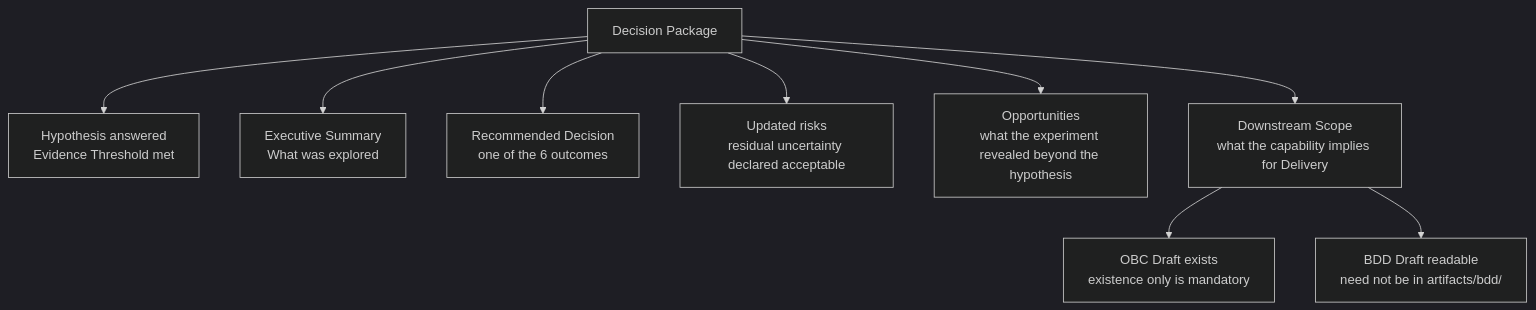
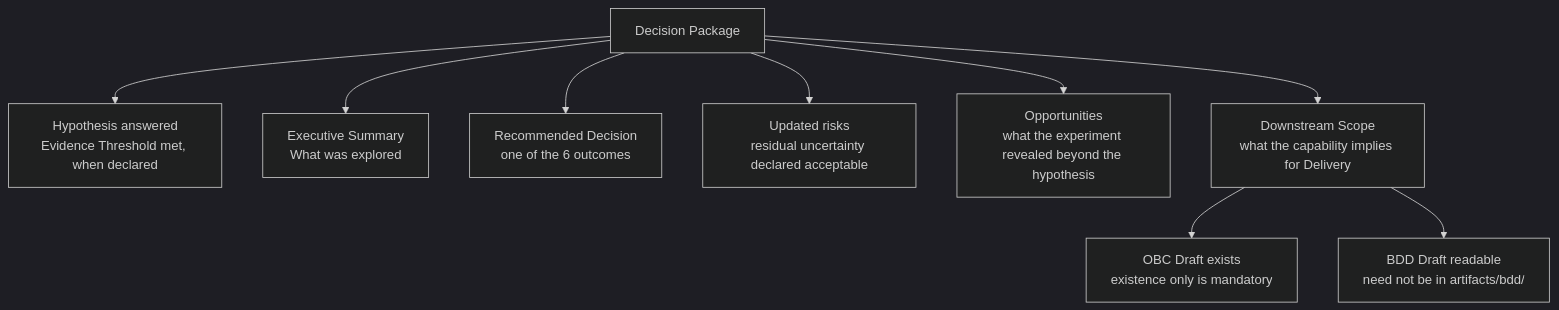
The diagram in en/chapter-07.md (produtoreativo/from-intent-to-outcome), drawn with Mermaid (dark theme) before and after one commit. The commit also changed 5 other files, not shown here.

````diff
--- a/en/chapter-07.md
+++ b/en/chapter-07.md
@@ -58,11 +58,11 @@
 ```mermaid
 graph TD
-    DP["Decision Package"] --> H["Hypothesis answered\nEvidence Threshold met"]
+    DP["Decision Package"] --> H["Hypothesis answered\nEvidence Threshold met, when declared"]
     DP --> ES["Executive Summary\nWhat was explored"]
     DP --> REC["Recommended Decision\none of the 6 outcomes"]
     DP --> RSK["Updated risks\nresidual uncertainty declared acceptable"]
     DP --> OPP["Opportunities\nwhat the experiment revealed beyond the hypothesis"]
     DP --> DS["Downstream Scope\nwhat the capability implies for Delivery"]
     DS --> OBC_D["OBC Draft exists\nexistence only is mandatory"]
     DS --> BDD_D["BDD Draft readable\nneed not be in artifacts/bdd/"]
 ```
````
